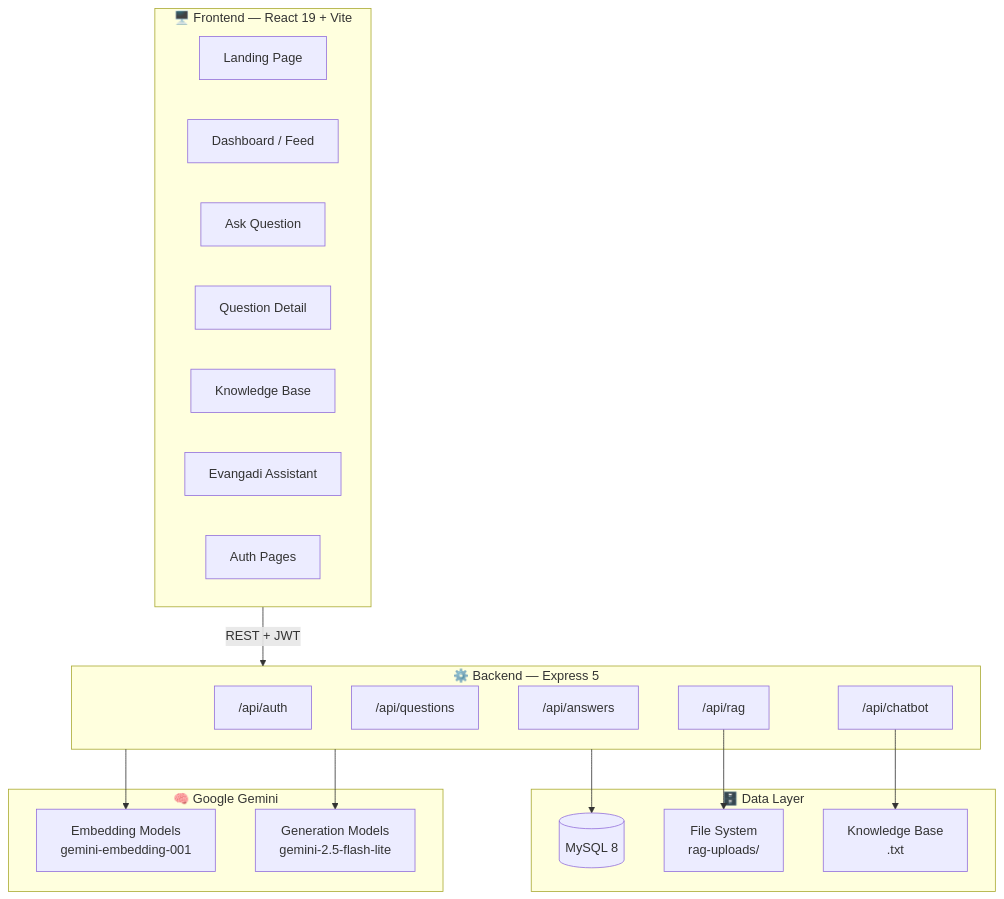
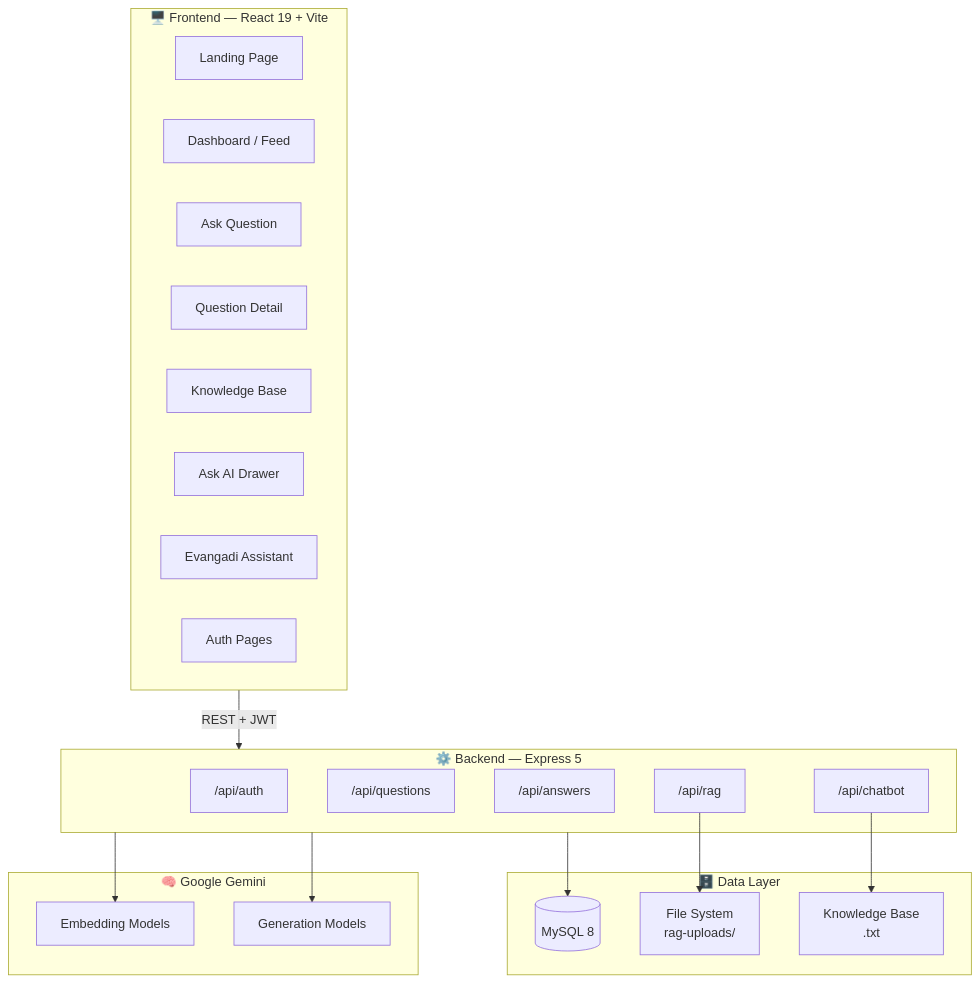
One commit to samuel9974/AI_Powered_Forum changed the first of 4 diagrams in README.md. Above: the diagram before and after it, drawn with Mermaid. The commit also changed other lines of this file, not shown here.

````diff
--- a/README.md
+++ b/README.md
@@ -81,38 +90,39 @@
 ```mermaid
 flowchart TB
     subgraph Client["🖥️ Frontend — React 19 + Vite"]
         Landing["Landing Page"]
         Dashboard["Dashboard / Feed"]
         PostQ["Ask Question"]
         QDetail["Question Detail"]
         RAG["Knowledge Base"]
+        Drawer["Ask AI Drawer"]
         Chat["Evangadi Assistant"]
         Auth["Auth Pages"]
     end
 
     subgraph API["⚙️ Backend — Express 5"]
         AuthAPI["/api/auth"]
         QAPI["/api/questions"]
         AAPI["/api/answers"]
         RAGAPI["/api/rag"]
         BotAPI["/api/chatbot"]
     end
 
     subgraph Data["🗄️ Data Layer"]
         MySQL[("MySQL 8")]
         FS["File System\nrag-uploads/"]
         KB["Knowledge Base\n.txt"]
     end
 
     subgraph AI["🧠 Google Gemini"]
-        Embed["Embedding Models\ngemini-embedding-001"]
-        Gen["Generation Models\ngemini-2.5-flash-lite"]
+        Embed["Embedding Models"]
+        Gen["Generation Models"]
     end
 
     Client -->|REST + JWT| API
     API --> MySQL
     RAGAPI --> FS
     BotAPI --> KB
     API --> Embed
     API --> Gen
 ```
````
